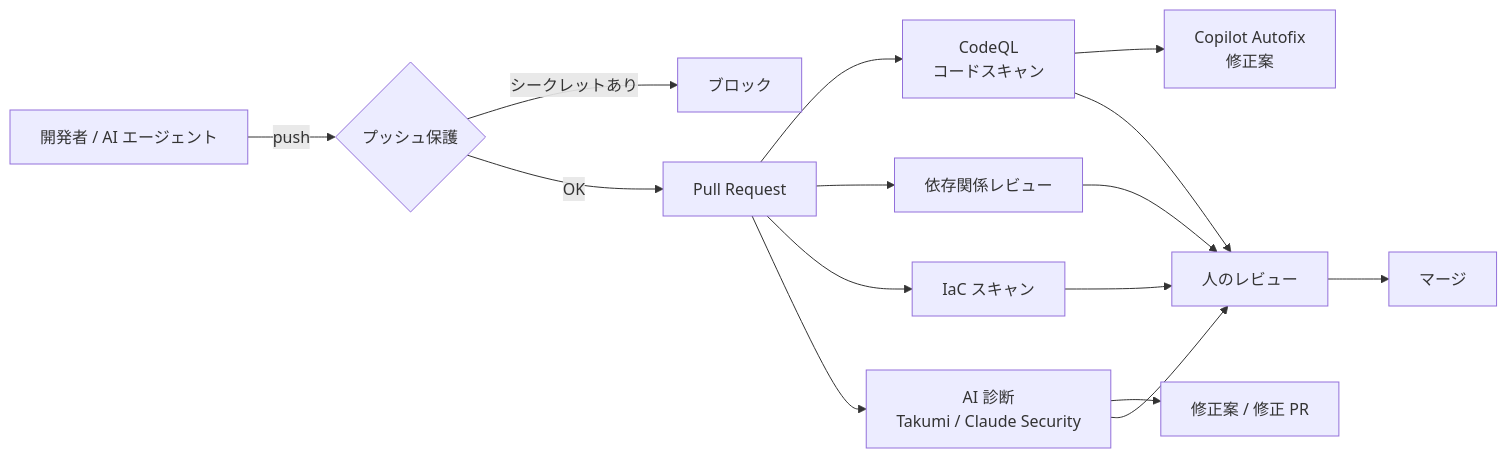
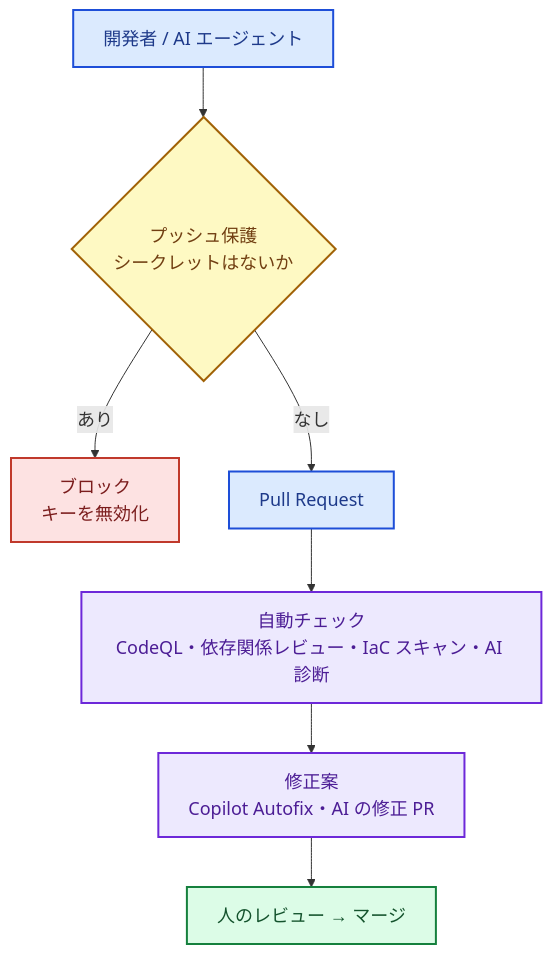
The diagram in books/security-roadmap-ja/09-github.md (rkawajiri/zenn-content), drawn with Mermaid before and after one commit. The commit also changed other lines of this file and 9 other files, not shown here.

First line of the commit message:
redraw diagrams vertically with larger text and a consistent color palette; split tool-map and final-state diagrams

````diff
--- a/books/security-roadmap-ja/09-github.md
+++ b/books/security-roadmap-ja/09-github.md
@@ -88,14 +88,19 @@
 ```mermaid
-flowchart LR
-  Dev[開発者 / AI エージェント] -->|push| PP{プッシュ保護}
-  PP -->|シークレットあり| Block[ブロック]
-  PP -->|OK| PR[Pull Request]
-  PR --> CQ[CodeQL<br>コードスキャン]
-  PR --> DR[依存関係レビュー]
-  PR --> IaC[IaC スキャン]
-  PR --> AI[AI 診断<br>Takumi / Claude Security]
-  CQ --> AF[Copilot Autofix<br>修正案]
-  AI --> FIX[修正案 / 修正 PR]
-  CQ & DR & IaC & AI --> Review[人のレビュー]
-  Review --> Merge[マージ]
+%%{init: {"themeVariables": {"fontSize": "18px"}, "flowchart": {"wrappingWidth": 400}}}%%
+flowchart TB
+  Dev["開発者 / AI エージェント"]:::dev
+  PP{"プッシュ保護<br>シークレットはないか"}:::q
+  Block["ブロック<br>キーを無効化"]:::red
+  PR["Pull Request"]:::dev
+  Checks["自動チェック<br>CodeQL・依存関係レビュー・IaC スキャン・AI 診断"]:::ops
+  Fix["修正案<br>Copilot Autofix・AI の修正 PR"]:::ops
+  Review["人のレビュー → マージ"]:::gov
+  Dev --> PP
+  PP -->|あり| Block
+  PP -->|なし| PR --> Checks --> Fix --> Review
+  classDef dev fill:#dbeafe,stroke:#1d4ed8,color:#1e3a8a,stroke-width:2px
+  classDef q fill:#fef9c3,stroke:#a16207,color:#713f12,stroke-width:2px
+  classDef red fill:#fde2e2,stroke:#c0392b,color:#7b1d1d,stroke-width:2px
+  classDef ops fill:#ede9fe,stroke:#6d28d9,color:#4c1d95,stroke-width:2px
+  classDef gov fill:#dcfce7,stroke:#15803d,color:#14532d,stroke-width:2px
 ```
````
